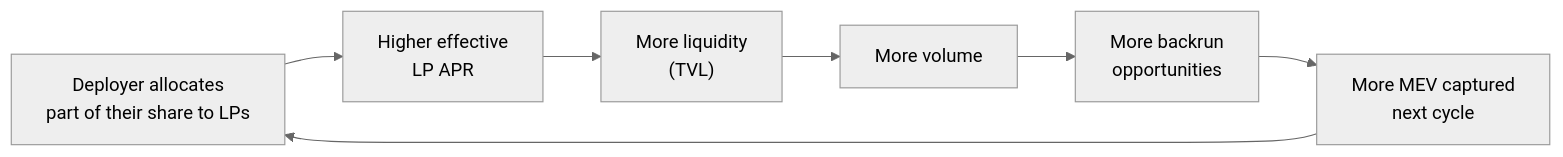
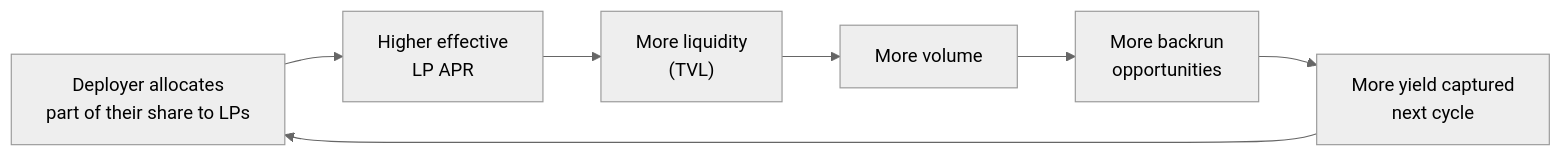
Before and after one commit to mev-x-project/Homelander-docs: the second of 2 diagrams in docs/index.md, drawn with Mermaid (neutral theme). The commit also changed other lines of this file and 8 other files, not shown here.

````diff
--- a/docs/index.md
+++ b/docs/index.md
@@ -37,9 +43,9 @@
 ```mermaid
 flowchart LR
     D1["Deployer allocates<br/>part of their share to LPs"] --> D2["Higher effective<br/>LP APR"]
     D2 --> D3["More liquidity<br/>(TVL)"]
     D3 --> D4["More volume"]
     D4 --> D5["More backrun<br/>opportunities"]
-    D5 --> D6["More MEV captured<br/>next cycle"]
+    D5 --> D6["More yield captured<br/>next cycle"]
     D6 --> D1
 ```
````
